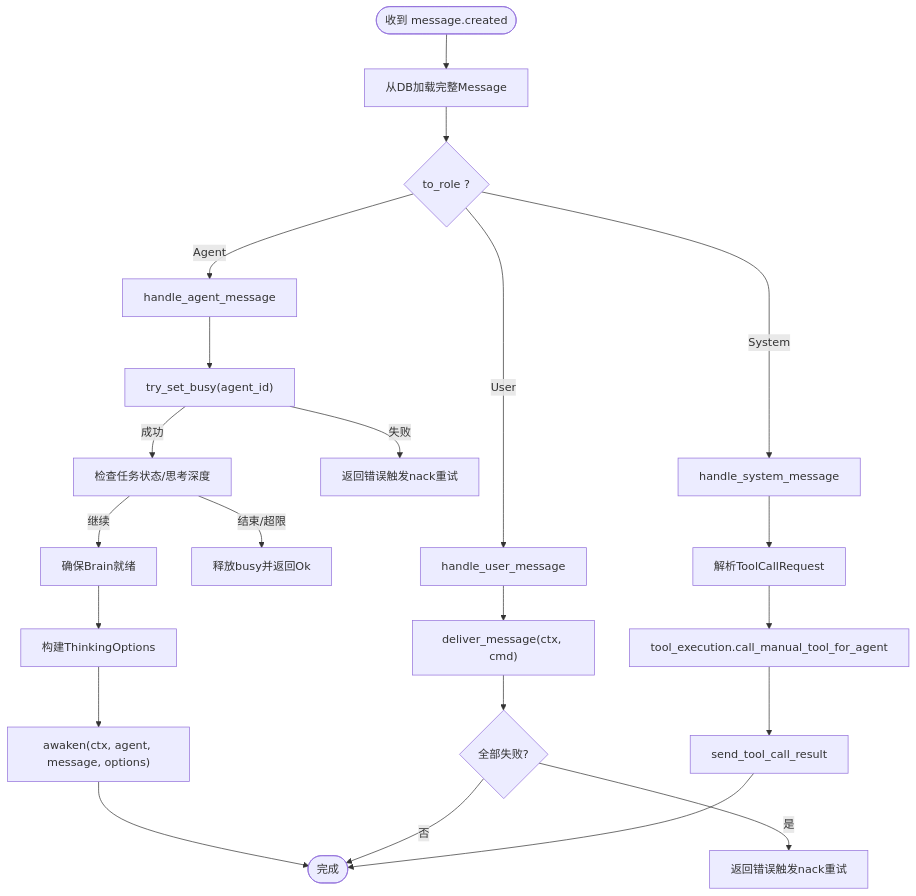
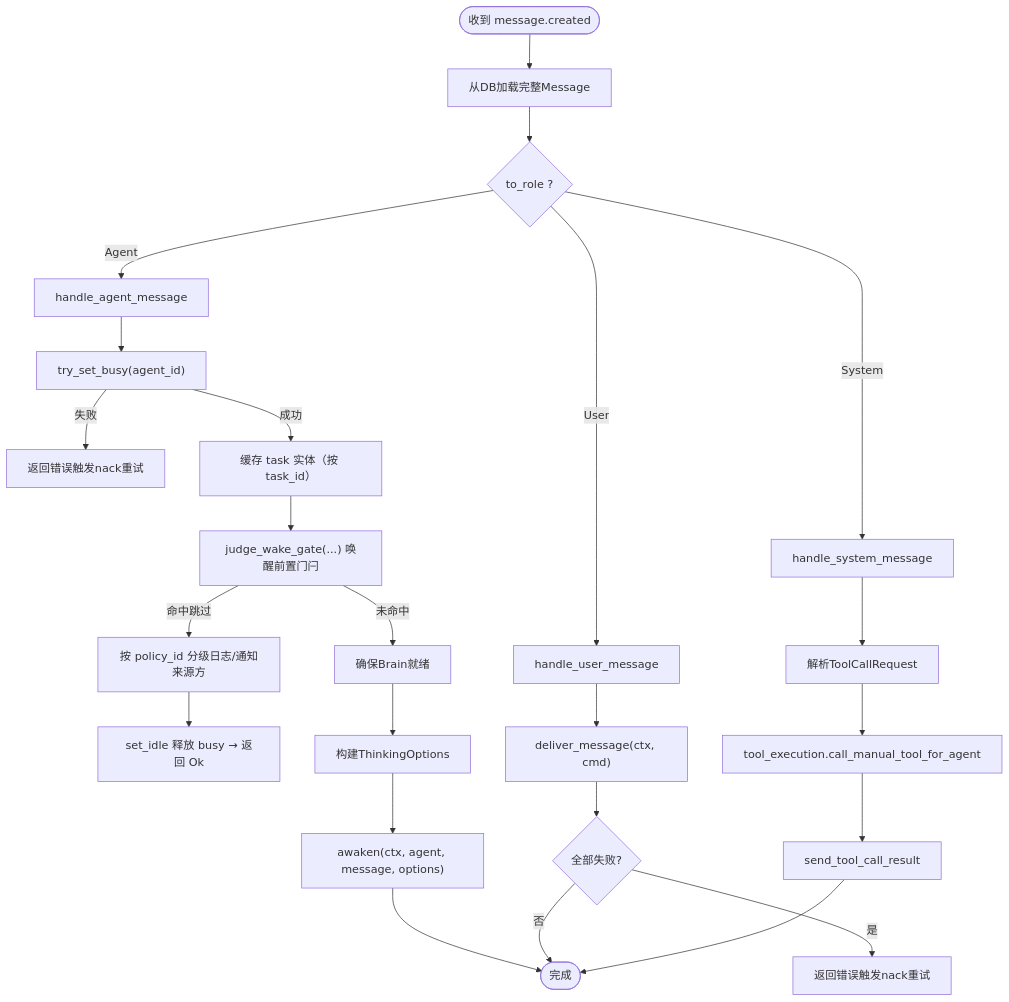
The third of 5 diagrams in docs/wiki/zh/content/核心模块/AOP 事件系统/消费者框架/消息消费者.md (runningcoders/ai_orz), drawn with Mermaid before and after one commit. The commit also changed other lines of this file and 5 other files, not shown here.

````diff
--- a/docs/wiki/zh/content/核心模块/AOP 事件系统/消费者框架/消息消费者.md
+++ b/docs/wiki/zh/content/核心模块/AOP 事件系统/消费者框架/消息消费者.md
@@ -178,24 +181,26 @@
 ```mermaid
 flowchart TD
 Start(["收到 message.created"]) --> LoadMsg["从DB加载完整Message"]
 LoadMsg --> Route{"to_role ?"}
 Route --> |Agent| AgentPath["handle_agent_message"]
 Route --> |User| UserPath["handle_user_message"]
 Route --> |System| SysPath["handle_system_message"]
 AgentPath --> Busy["try_set_busy(agent_id)"]
 Busy --> |失败| Retry["返回错误触发nack重试"]
-Busy --> |成功| CheckTask["检查任务状态/思考深度"]
-CheckTask --> |结束/超限| Stop["释放busy并返回Ok"]
-CheckTask --> |继续| WakeBrain["确保Brain就绪"]
+Busy --> |成功| LoadTask["缓存 task 实体（按 task_id）"]
+LoadTask --> Gate["judge_wake_gate(...) 唤醒前置门闩"]
+Gate --> |命中跳过| Skip["按 policy_id 分级日志/通知来源方"]
+Skip --> Release["set_idle 释放 busy → 返回 Ok"]
+Gate --> |未命中| WakeBrain["确保Brain就绪"]
 WakeBrain --> BuildCtx["构建ThinkingOptions"]
 BuildCtx --> Awaken["awaken(ctx, agent, message, options)"]
 Awaken --> Done(["完成"])
 UserPath --> Deliver["deliver_message(ctx, cmd)"]
 Deliver --> AllFail{"全部失败?"}
 AllFail --> |是| Fail["返回错误触发nack重试"]
 AllFail --> |否| Done
 SysPath --> Parse["解析ToolCallRequest"]
 Parse --> Exec["tool_execution.call_manual_tool_for_agent"]
 Exec --> Result["send_tool_call_result"]
 Result --> Done
 ```
````
